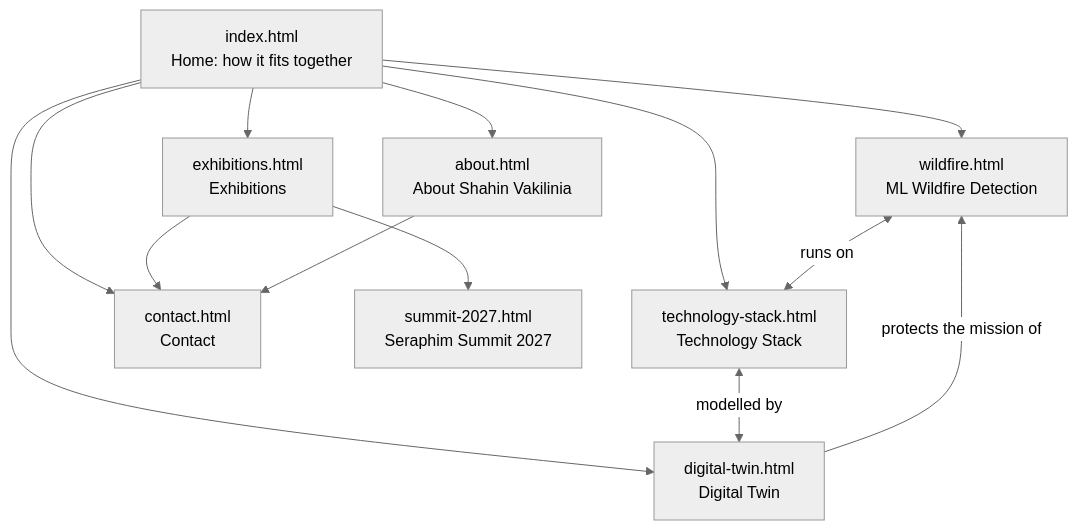
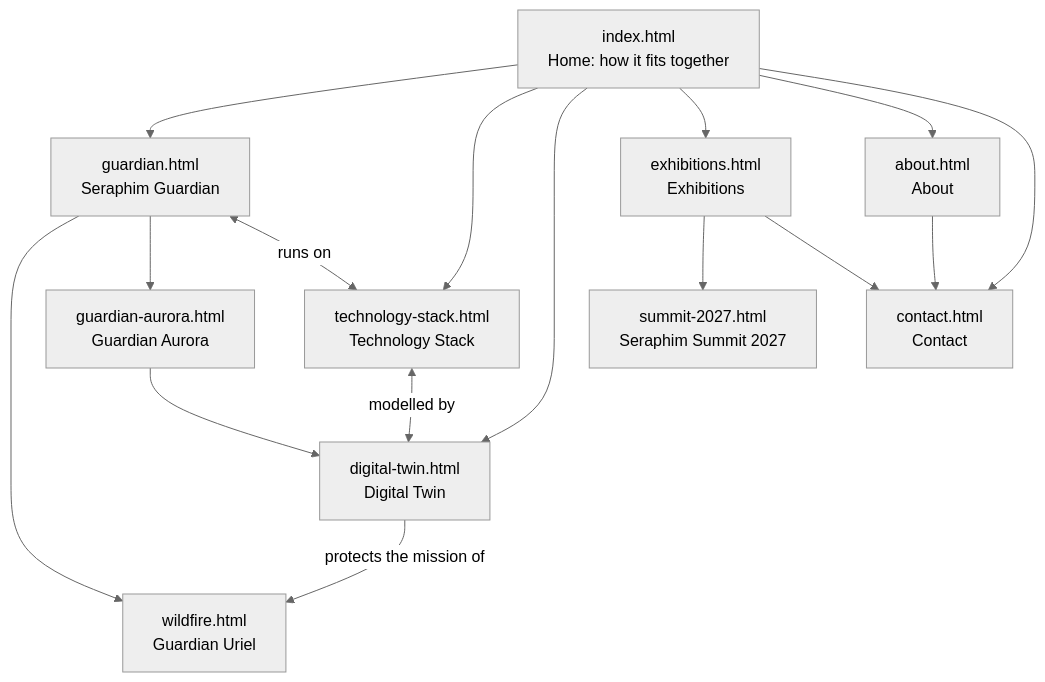
The third of 3 diagrams in docs/ARCHITECTURE.md (ArchShahin/archangx-website), drawn with Mermaid (neutral theme) before and after one commit. The commit also changed other lines of this file and 15 other files, not shown here.

First line of the commit message:
Seraphim Guardian: product family pages (Guardian Uriel, Guardian Aurora), nav rename, design doc

````diff
--- a/docs/ARCHITECTURE.md
+++ b/docs/ARCHITECTURE.md
@@ -48,15 +48,18 @@
 ```mermaid
 flowchart TB
-  H[index.html<br/>Home: how it fits together] --> W[wildfire.html<br/>ML Wildfire Detection]
+  H[index.html<br/>Home: how it fits together] --> G[guardian.html<br/>Seraphim Guardian]
+  G --> W[wildfire.html<br/>Guardian Uriel]
+  G --> AU[guardian-aurora.html<br/>Guardian Aurora]
   H --> S[technology-stack.html<br/>Technology Stack]
   H --> T[digital-twin.html<br/>Digital Twin]
   H --> X[exhibitions.html<br/>Exhibitions]
-  H --> AB[about.html<br/>About Shahin Vakilinia]
+  H --> AB[about.html<br/>About]
   H --> CO[contact.html<br/>Contact]
-  W <-->|runs on| S
+  G <-->|runs on| S
   S <-->|modelled by| T
   T -->|protects the mission of| W
+  AU --> T
   X --> SU[summit-2027.html<br/>Seraphim Summit 2027]
   X --> CO
   AB --> CO
 ```
````
